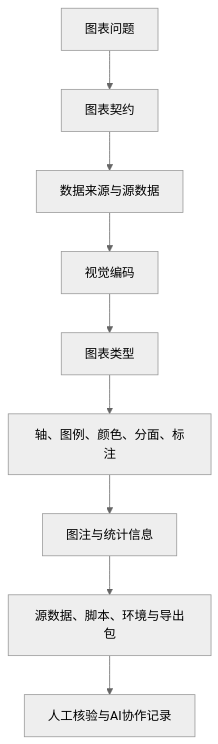
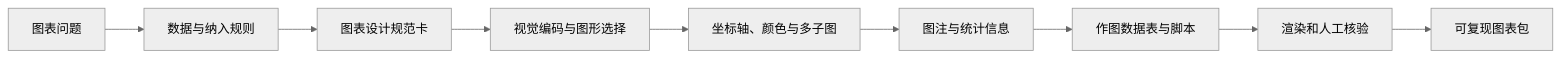
Before and after one commit to luvega/AI_MED_DataVis: the first of 3 diagrams in docs/chapters/chapter-7/index.md, drawn with Mermaid (neutral theme). The commit also changed other lines of this file and 84 other files, not shown here.

````diff
--- a/docs/chapters/chapter-7/index.md
+++ b/docs/chapters/chapter-7/index.md
@@ -67,11 +54,11 @@
 ```mermaid
-flowchart TD
-  A["图表问题"] --> B["图表契约"]
-  B --> C["数据来源与源数据"]
-  C --> D["视觉编码"]
-  D --> E["图表类型"]
-  E --> F["轴、图例、颜色、分面、标注"]
-  F --> G["图注与统计信息"]
-  G --> H["源数据、脚本、环境与导出包"]
-  H --> I["人工核验与AI协作记录"]
+flowchart LR
+  A["图表问题"] --> B["数据与纳入规则"]
+  B --> C["图表设计规范卡"]
+  C --> D["视觉编码与图形选择"]
+  D --> E["坐标轴、颜色与多子图"]
+  E --> F["图注与统计信息"]
+  F --> G["作图数据表与脚本"]
+  G --> H["渲染和人工核验"]
+  H --> I["可复现图表包"]
 ```
````
